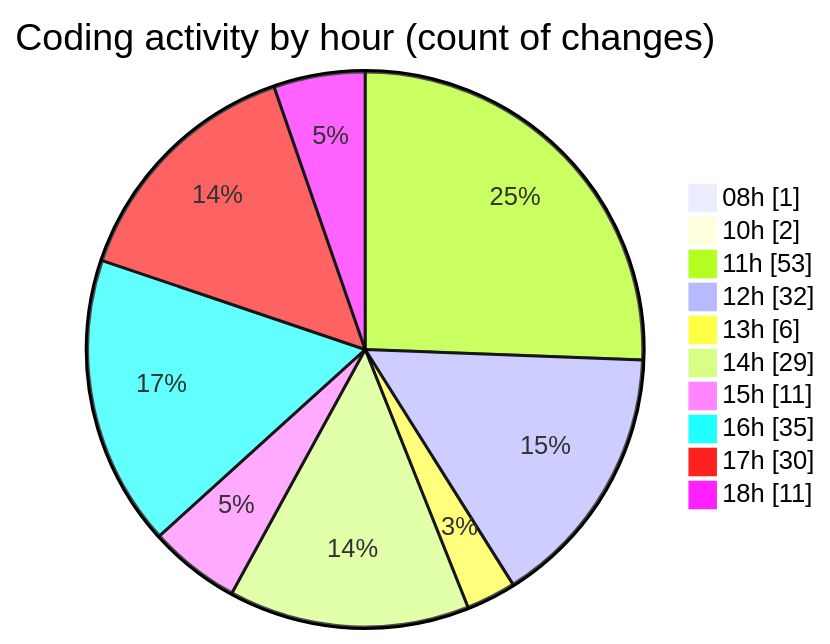
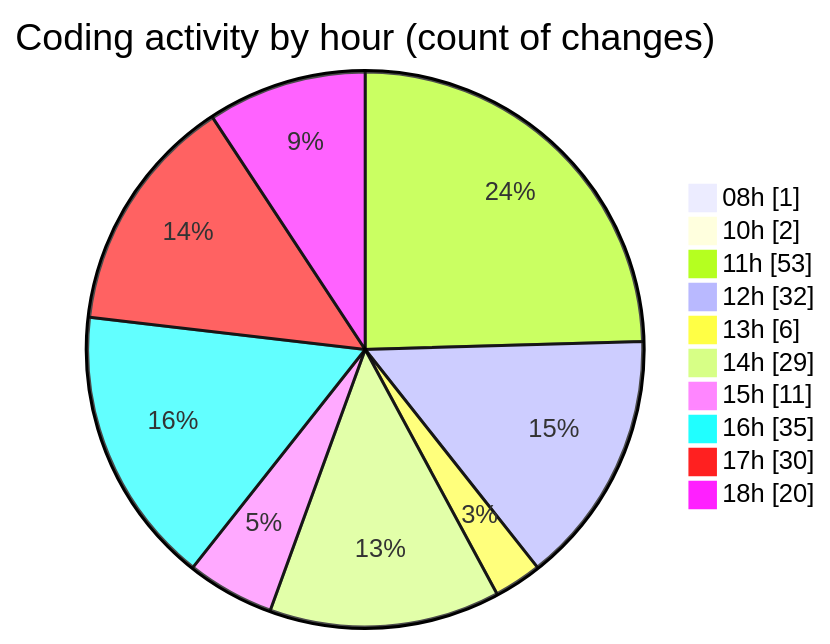
The second of 2 diagrams in 2025-07-03/cda/README.md (momahboobian/code-tracking), drawn with Mermaid before and after one commit. The commit also changed other lines of this file and 1 other file, not shown here.

````diff
--- a/2025-07-03/cda/README.md
+++ b/2025-07-03/cda/README.md
@@ -57,14 +58,14 @@
 ```mermaid
 pie showData
 title Coding activity by hour (count of changes)
 "08h" : 1
 "10h" : 2
 "11h" : 53
 "12h" : 32
 "13h" : 6
 "14h" : 29
 "15h" : 11
 "16h" : 35
 "17h" : 30
-"18h" : 11
+"18h" : 20
 ```
````
